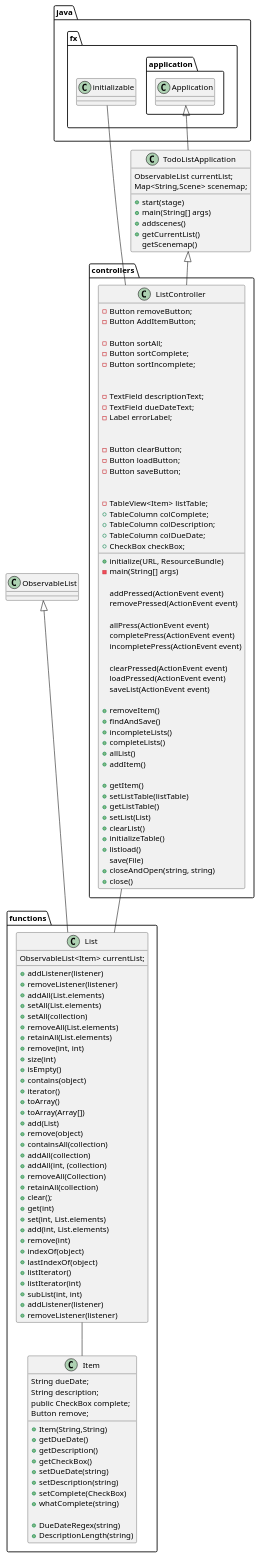
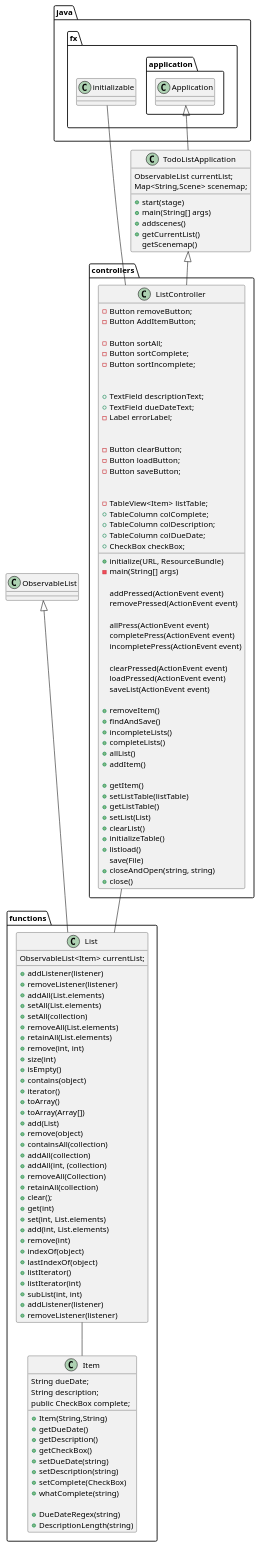
The diagram in docs/Application.puml (Tomatoats/backUpRepoBeforeImessThingsUp), drawn with PlantUML before and after one commit. The commit also changed 4 other files, not shown here.

```diff
--- a/docs/Application.puml
+++ b/docs/Application.puml
@@ -1,140 +1,139 @@
 @startuml
 
 package controllers{
 class ListController {
     -Button removeButton;
     -Button AddItemButton;
 
     -Button sortAll;
     -Button sortComplete;
     -Button sortIncomplete;
 
 
-    -TextField descriptionText;
-    -TextField dueDateText;
+    +TextField descriptionText;
+    +TextField dueDateText;
     -Label errorLabel;
 
 
     -Button clearButton;
     -Button loadButton;
     -Button saveButton;
 
 
     -TableView<Item> listTable;
     +TableColumn colComplete;
     +TableColumn colDescription;
     +TableColumn colDueDate;
     +CheckBox checkBox;
 
     +initialize(URL, ResourceBundle)
     -main(String[] args)
 
     addPressed(ActionEvent event)
     removePressed(ActionEvent event)
 
     allPress(ActionEvent event)
     completePress(ActionEvent event)
     incompletePress(ActionEvent event)
 
     clearPressed(ActionEvent event)
     loadPressed(ActionEvent event)
     saveList(ActionEvent event)
 
     +removeItem()
     +findAndSave()
     +incompleteLists()
     +completeLists()
     +allList()
     +addItem()
 
     +getItem()
     +setListTable(listTable)
     +getListTable()
     +setList(List)
     +clearList()
     +initializeTable()
     +listload()
     save(File)
     +closeAndOpen(string, string)
     +close()
     }
 }
 class ObservableList{}
 
 class TodoListApplication{
     ObservableList currentList;
     Map<String,Scene> scenemap;
 
     +start(stage)
     +main(String[] args)
     +addscenes()
     +getCurrentList()
     getScenemap()
 
 }
 package functions {
     class Item{
      String dueDate;
      String description;
      public CheckBox complete;
-     Button remove;
      +Item(String,String)
      +getDueDate()
      +getDescription()
      +getCheckBox()
      +setDueDate(string)
      +setDescription(string)
      +setComplete(CheckBox)
      +whatComplete(string)
 
     +DueDateRegex(string)
     +DescriptionLength(string)
     }
 
     class List {
      ObservableList<Item> currentList;
      +addListener(listener)
      +removeListener(listener)
      +addAll(List.elements)
      +setAll(List.elements)
      +setAll(collection)
      +removeAll(List.elements)
      +retainAll(List.elements)
      +remove(int, int)
      +size(int)
      +isEmpty()
      +contains(object)
      +iterator()
      +toArray()
      +toArray(Array[])
      +add(List)
      +remove(object)
      +containsAll(collection)
      +addAll(collection)
      +addAll(int, (collection)
      +removeAll(Collection)
      +retainAll(collection)
      +clear();
      +get(int)
      +set(int, List.elements)
      +add(int, List.elements)
      +remove(int)
      +indexOf(object)
      +lastIndexOf(object)
      +listIterator()
      +listIterator(int)
      +subList(int, int)
      +addListener(listener)
      +removeListener(listener)
 
     }
 
 }
 java.fx.application.Application <|-- TodoListApplication
 TodoListApplication <|-- ListController
 java.fx.initializable -- ListController
 ObservableList <|-- List
 List -- Item
 ListController -- List
 
 @enduml
```
